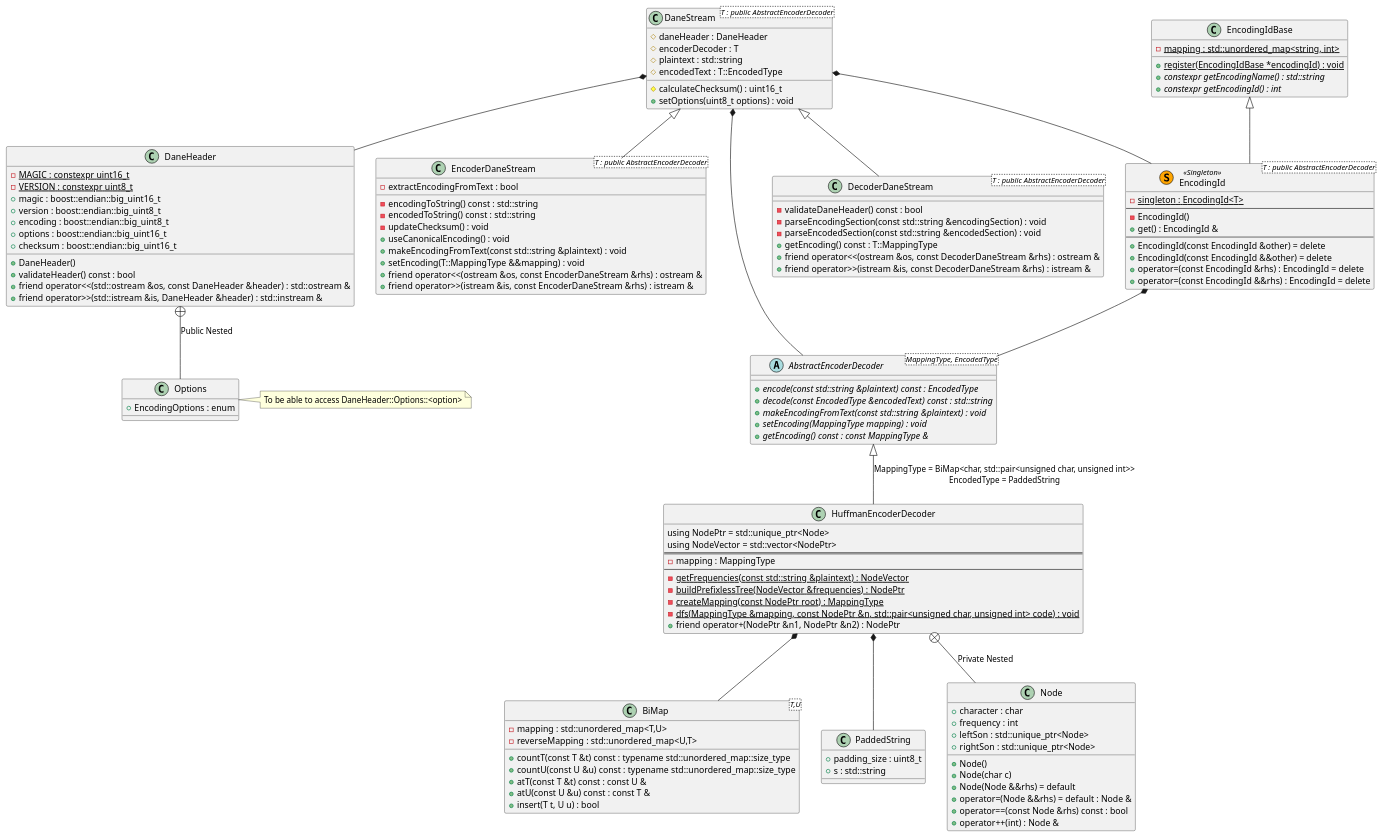
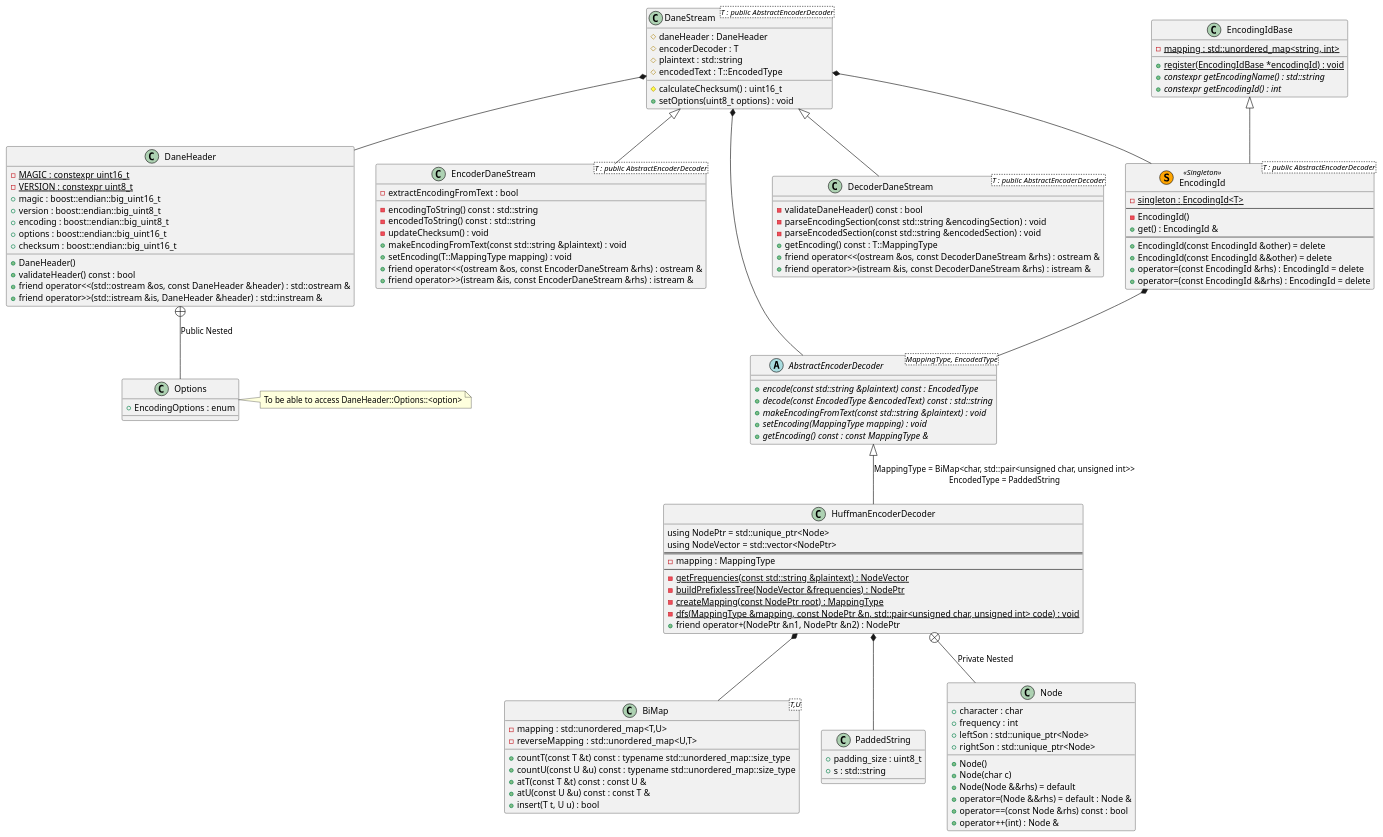
Before and after one commit to dan1994/cpp--dane: the diagram in docs/design.puml, drawn with PlantUML. The commit also changed 1 other file, not shown here.

Commit message:
Added EncoderDaneStream declaration and removed useCanonicalEncoding function from the interface as it's no longer relevant

```diff
--- a/docs/design.puml
+++ b/docs/design.puml
@@ -1,134 +1,133 @@
 @startuml dane
 class BiMap<T,U> {
 	- {field}	mapping : std::unordered_map<T,U>
 	- {field}	reverseMapping : std::unordered_map<U,T>
 	+ {method}	countT(const T &t) const : typename std::unordered_map::size_type
 	+ {method}	countU(const U &u) const : typename std::unordered_map::size_type
 	+ {method}	atT(const T &t) const : const U &
 	+ {method}	atU(const U &u) const : const T &
 	+ {method}	insert(T t, U u) : bool
 }
 
 class PaddedString {
 	+ {field}	padding_size : uint8_t
 	+ {field}	s : std::string
 }
 
 abstract class AbstractEncoderDecoder<MappingType, EncodedType> {
 	+ {method}	{abstract} encode(const std::string &plaintext) const : EncodedType
 	+ {method}	{abstract} decode(const EncodedType &encodedText) const : std::string
 	+ {method}	{abstract} makeEncodingFromText(const std::string &plaintext) : void
 	+ {method}	{abstract} setEncoding(MappingType mapping) : void
 	+ {method}	{abstract} getEncoding() const : const MappingType &
 }
 
 AbstractEncoderDecoder <|-- HuffmanEncoderDecoder : \
 MappingType = BiMap<char, std::pair<unsigned char, unsigned int>>\n\
 EncodedType = PaddedString
 HuffmanEncoderDecoder *-- BiMap
 HuffmanEncoderDecoder *-- PaddedString
 HuffmanEncoderDecoder +-- Node : "Private Nested"
 class HuffmanEncoderDecoder {
 	using NodePtr = std::unique_ptr<Node>
 	using NodeVector = std::vector<NodePtr>
 	==
 	- {field}	mapping : MappingType
 	--
 	- {method}	{static} getFrequencies(const std::string &plaintext) : NodeVector
 	- {method}	{static} buildPrefixlessTree(NodeVector &frequencies) : NodePtr
 	- {method}	{static} createMapping(const NodePtr root) : MappingType
 	- {method}	{static} dfs(MappingType &mapping, const NodePtr &n, \
 std::pair<unsigned char, unsigned int> code) : void
 	+ {method}	friend operator+(NodePtr &n1, NodePtr &n2) : NodePtr
 }
 
 class Node {
 	+ {field}	character : char
 	+ {field}	frequency : int
 	+ {field}	leftSon : std::unique_ptr<Node>
 	+ {field}	rightSon : std::unique_ptr<Node>
 	+ {method}	Node()
 	+ {method}	Node(char c)
 	+ {method}	Node(Node &&rhs) = default
 	+ {method}	operator=(Node &&rhs) = default : Node &
 	+ {method}	operator==(const Node &rhs) const : bool
 	+ {method}	operator++(int) : Node &
 }
 
 DaneStream *-- DaneHeader
 class DaneHeader {
 	- {field}	{static} MAGIC : constexpr uint16_t
 	- {field}	{static} VERSION : constexpr uint8_t
 	+ {field}	magic : boost::endian::big_uint16_t
 	+ {field}	version : boost::endian::big_uint8_t
 	+ {field}	encoding : boost::endian::big_uint8_t
 	+ {field}	options : boost::endian::big_uint16_t
 	+ {field}	checksum : boost::endian::big_uint16_t
 	+ {method}	DaneHeader()
 	+ {method}	validateHeader() const : bool
 	+ {method}	friend operator<<(std::ostream &os, const DaneHeader &header) : std::ostream &
 	+ {method}	friend operator>>(std::istream &is, DaneHeader &header) : std::instream &
 }
 
 DaneHeader +-- Options : Public Nested
 note right of Options : To be able to access DaneHeader::Options::<option>
 class Options {
 	+ {field}	EncodingOptions : enum
 }
 
 DaneStream *-- AbstractEncoderDecoder
 DaneStream *-- EncodingId
 class DaneStream<T : public AbstractEncoderDecoder> {
 	# {field}	daneHeader : DaneHeader
 	# {field}	encoderDecoder : T
 	# {field}	plaintext : std::string
 	# {field}	encodedText : T::EncodedType
 	# {method}	calculateChecksum() : uint16_t
 	+ {method}	setOptions(uint8_t options) : void
 }
 
 DaneStream <|-- EncoderDaneStream
 class EncoderDaneStream<T : public AbstractEncoderDecoder> {
 	- {field}	extractEncodingFromText : bool
 	- {method}	encodingToString() const : std::string
 	- {method}	encodedToString() const : std::string
 	- {method}	updateChecksum() : void
-	+ {method}	useCanonicalEncoding() : void
 	+ {method}	makeEncodingFromText(const std::string &plaintext) : void
-	+ {method}	setEncoding(T::MappingType &&mapping) : void
+	+ {method}	setEncoding(T::MappingType mapping) : void
 	+ {method}	friend operator<<(ostream &os, const EncoderDaneStream &rhs) : ostream &
 	+ {method}	friend operator>>(istream &is, const EncoderDaneStream &rhs) : istream &
 }
 
 DaneStream <|-- DecoderDaneStream
 class DecoderDaneStream<T : public AbstractEncoderDecoder> {
 	- {method}	validateDaneHeader() const : bool
 	- {method}	parseEncodingSection(const std::string &encodingSection) : void
 	- {method}	parseEncodedSection(const std::string &encodedSection) : void
 	+ {method}	getEncoding() const : T::MappingType
 	+ {method}	friend operator<<(ostream &os, const DecoderDaneStream &rhs) : ostream &
 	+ {method}	friend operator>>(istream &is, const DecoderDaneStream &rhs) : istream &
 }
 
 class EncodingIdBase {
 	- {field}	{static} mapping : std::unordered_map<string, int>
 	+ {method}	{static} register(EncodingIdBase *encodingId) : void
 	+ {method}	{abstract} constexpr getEncodingName() : std::string
 	+ {method}	{abstract} constexpr getEncodingId() : int
 }
 
 EncodingIdBase <|-- EncodingId
 EncodingId *-- AbstractEncoderDecoder
 class EncodingId<T : public AbstractEncoderDecoder> << (S,Orange) Singleton >> {
 	- {field}	{static} singleton : EncodingId<T>
 	--
 	- {method}	EncodingId()
 	+ {method}	get() : EncodingId &
 	--
 	+ {method}	EncodingId(const EncodingId &other) = delete
 	+ {method}	EncodingId(const EncodingId &&other) = delete
 	+ {method}	operator=(const EncodingId &rhs) : EncodingId = delete
 	+ {method}	operator=(const EncodingId &&rhs) : EncodingId = delete
 }
 
 @enduml
```
